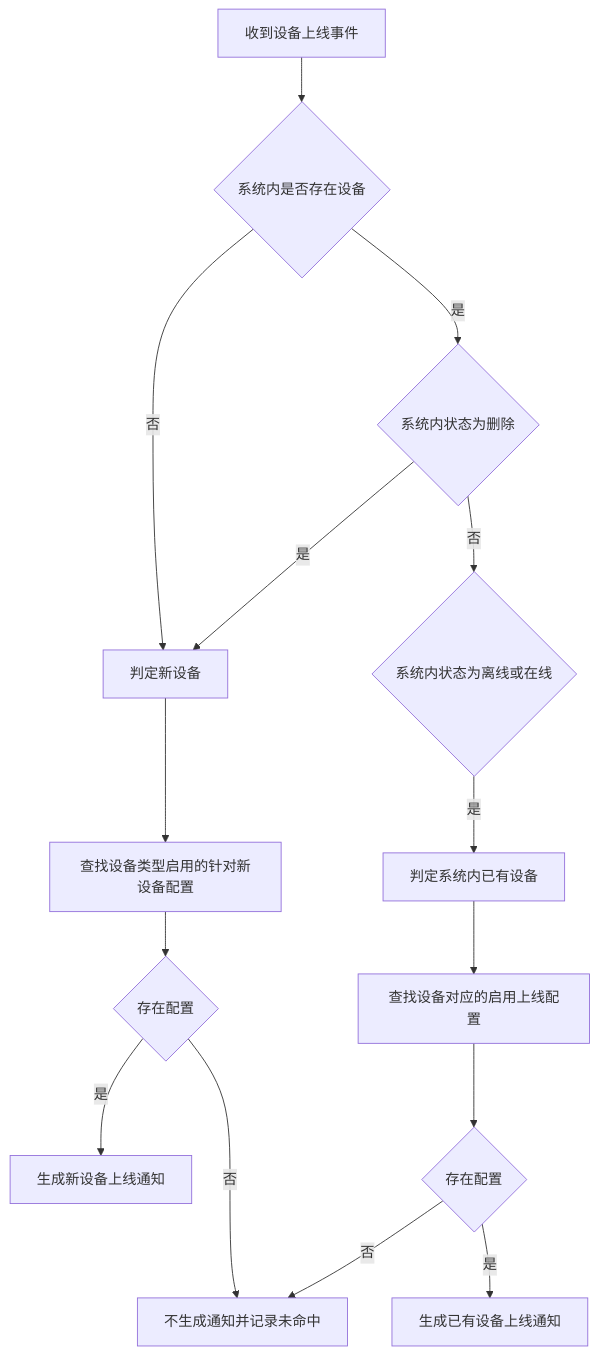
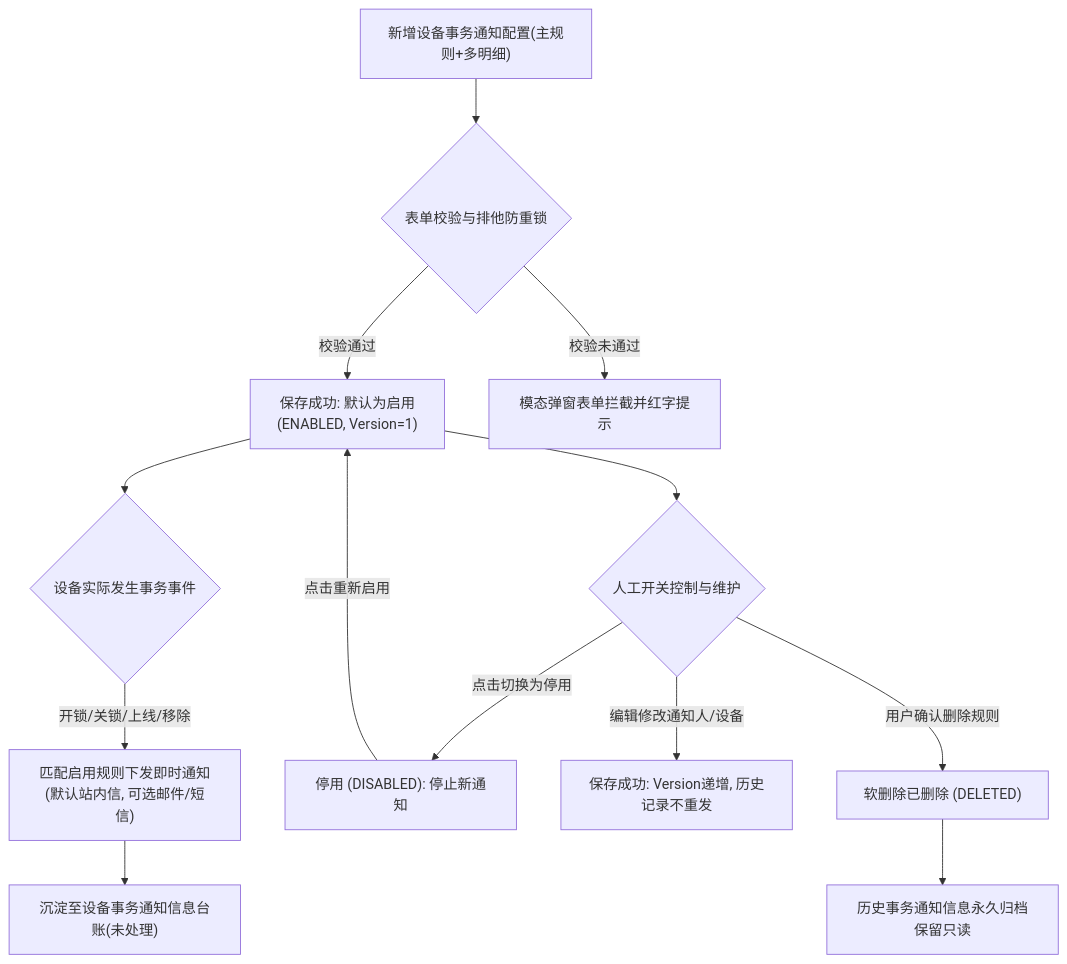
Before and after one commit to RobertHuang999/SYZC: the diagram in 02-PRD文档/🌟🌟🌟-最新基准版/B端PC/08-配置管理/21-风险管理-设备事务通知配置/设备事务通知配置业务规则规格.md, drawn with Mermaid. The commit also changed other lines of this file and 264 other files, not shown here.

````diff
--- a/02-PRD文档/🌟🌟🌟-最新基准版/B端PC/08-配置管理/21-风险管理-设备事务通知配置/设备事务通知配置业务规则规格.md
+++ b/02-PRD文档/🌟🌟🌟-最新基准版/B端PC/08-配置管理/21-风险管理-设备事务通知配置/设备事务通知配置业务规则规格.md
@@ -200,17 +35,18 @@
 ```mermaid
 flowchart TD
-    A[收到设备上线事件] --> B{系统内是否存在设备}
-    B -- 否 --> C[判定新设备]
-    B -- 是 --> D{系统内状态为删除}
-    D -- 是 --> C
-    D -- 否 --> E{系统内状态为离线或在线}
-    E -- 是 --> F[判定系统内已有设备]
-    C --> G[查找设备类型启用的针对新设备配置]
-    G --> H{存在配置}
-    H -- 是 --> I[生成新设备上线通知]
-    H -- 否 --> J[不生成通知并记录未命中]
-    F --> K[查找设备对应的启用上线配置]
-    K --> L{存在配置}
-    L -- 是 --> M[生成已有设备上线通知]
-    L -- 否 --> J
+    A["新增设备事务通知配置(主规则+多明细)"] --> B{"表单校验与排他防重锁"}
+    B -- "校验通过" --> C["保存成功: 默认为启用<br/>(ENABLED, Version=1)"]
+    B -- "校验未通过" --> D["模态弹窗表单拦截并红字提示"]
+
+    C --> E{"设备实际发生事务事件"}
+    E -- "开锁/关锁/上线/移除" --> F["匹配启用规则下发即时通知<br/>(默认站内信, 可选邮件/短信)"]
+    F --> G["沉淀至设备事务通知信息台账(未处理)"]
+
+    C --> H{"人工开关控制与维护"}
+    H -- "点击切换为停用" --> I["停用 (DISABLED): 停止新通知"]
+    I -- "点击重新启用" --> C
+    H -- "编辑修改通知人/设备" --> J["保存成功: Version递增, 历史记录不重发"]
+    H -- "用户确认删除规则" --> K["软删除已删除 (DELETED)"]
+
+    K --> L["历史事务通知信息永久归档保留只读"]
 ```
````
